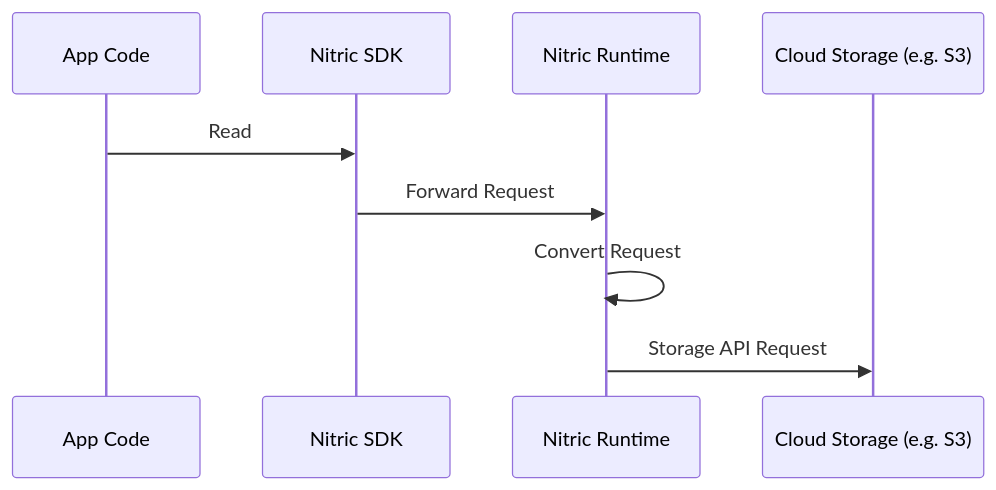
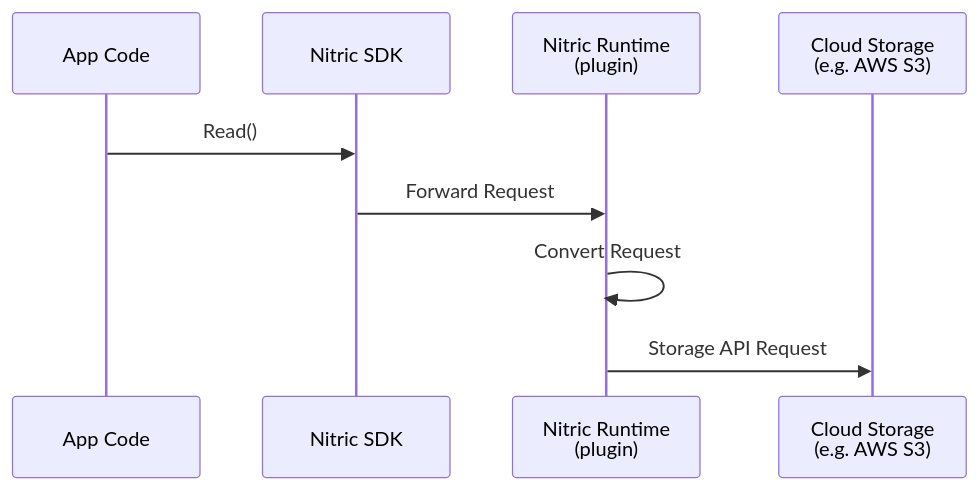
Before and after one commit to nitrictech/docs: the fourth of 4 diagrams in docs/architecture/buckets.mdx, drawn with Mermaid. The commit also changed other lines of this file and 4 other files, not shown here.

Commit message:
update async messaging sequences

````diff
--- a/docs/architecture/buckets.mdx
+++ b/docs/architecture/buckets.mdx
@@ -124,12 +124,12 @@
 ```mermaid
 sequenceDiagram
     participant Client as App Code
     participant SDK as Nitric SDK
-    participant Nitric as Nitric Runtime
-    participant CloudAPI as Cloud Storage (e.g. S3)
+    participant Nitric as Nitric Runtime <br> (plugin)
+    participant CloudAPI as Cloud Storage <br> (e.g. AWS S3)
 
-    Client->>SDK: Read
+    Client->>SDK: Read()
     SDK->>Nitric: Forward Request
     Nitric->>Nitric: Convert Request
     Nitric->>CloudAPI: Storage API Request
 ```
````
